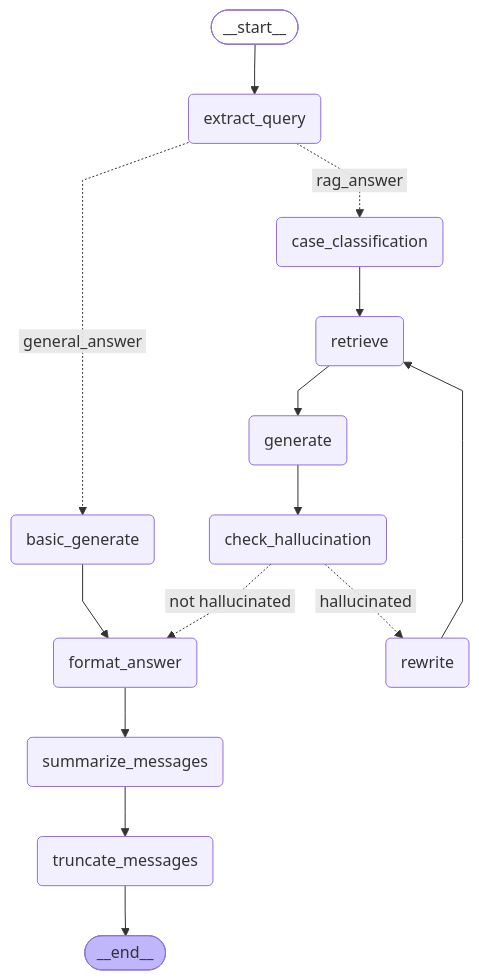
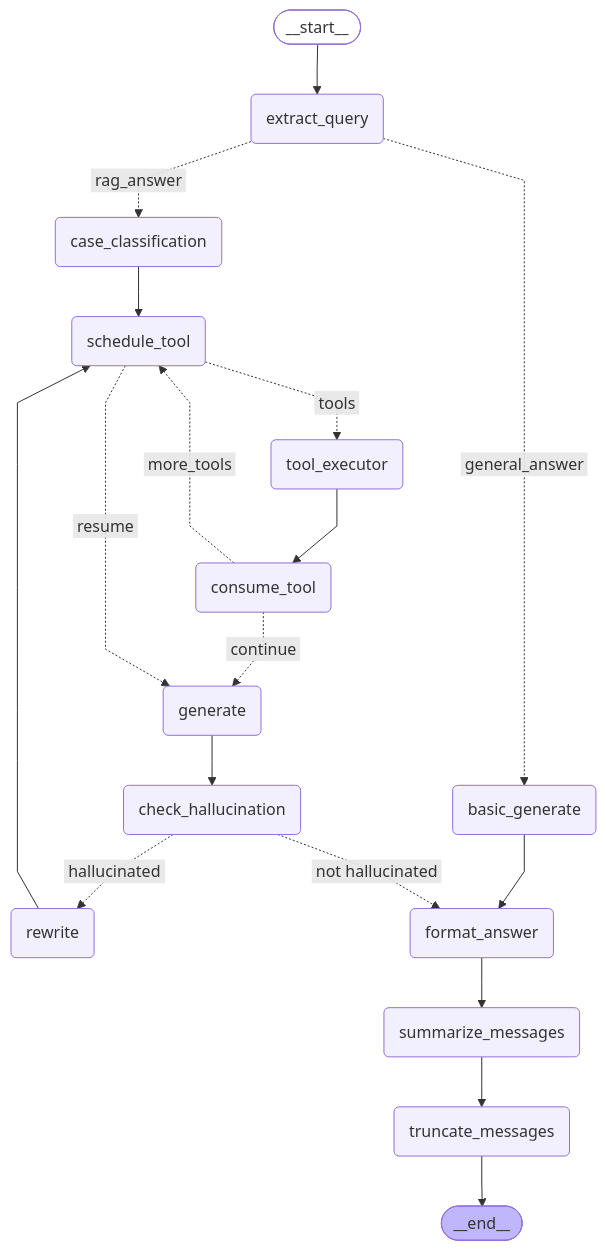
One commit to da-itdaing/chatbot changed the diagram in chatbot/artifacts/graphs/consumer_graph.mmd. Above: the diagram before and after it, drawn with Mermaid. The commit also changed 18 other files, not shown here.

```diff
--- a/chatbot/artifacts/graphs/consumer_graph.mmd
+++ b/chatbot/artifacts/graphs/consumer_graph.mmd
@@ -1,34 +1,40 @@
 ---
 config:
   flowchart:
     curve: linear
 ---
 graph TD;
 	__start__([<p>__start__</p>]):::first
 	extract_query(extract_query)
 	case_classification(case_classification)
-	retrieve(retrieve)
+	schedule_tool(schedule_tool)
+	consume_tool(consume_tool)
+	tool_executor(tool_executor)
 	generate(generate)
 	check_hallucination(check_hallucination)
 	rewrite(rewrite)
 	basic_generate(basic_generate)
 	format_answer(format_answer)
 	summarize_messages(summarize_messages)
 	truncate_messages(truncate_messages)
 	__end__([<p>__end__</p>]):::last
 	__start__ --> extract_query;
 	basic_generate --> format_answer;
-	case_classification --> retrieve;
+	case_classification --> schedule_tool;
 	check_hallucination -. &nbsp;not hallucinated&nbsp; .-> format_answer;
 	check_hallucination -. &nbsp;hallucinated&nbsp; .-> rewrite;
+	consume_tool -. &nbsp;continue&nbsp; .-> generate;
+	consume_tool -. &nbsp;more_tools&nbsp; .-> schedule_tool;
 	extract_query -. &nbsp;general_answer&nbsp; .-> basic_generate;
 	extract_query -. &nbsp;rag_answer&nbsp; .-> case_classification;
 	format_answer --> summarize_messages;
 	generate --> check_hallucination;
-	retrieve --> generate;
-	rewrite --> retrieve;
+	rewrite --> schedule_tool;
+	schedule_tool -. &nbsp;resume&nbsp; .-> generate;
+	schedule_tool -. &nbsp;tools&nbsp; .-> tool_executor;
 	summarize_messages --> truncate_messages;
+	tool_executor --> consume_tool;
 	truncate_messages --> __end__;
 	classDef default fill:#f2f0ff,line-height:1.2
 	classDef first fill-opacity:0
 	classDef last fill:#bfb6fc
```
